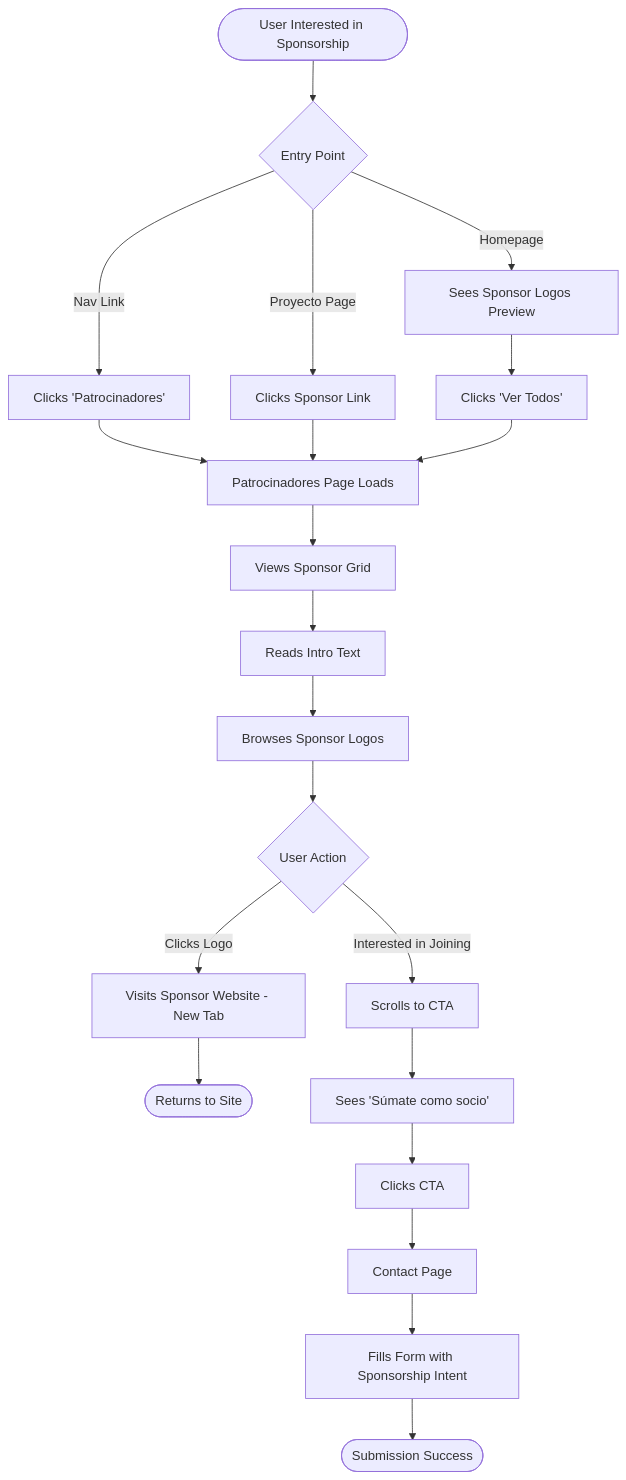
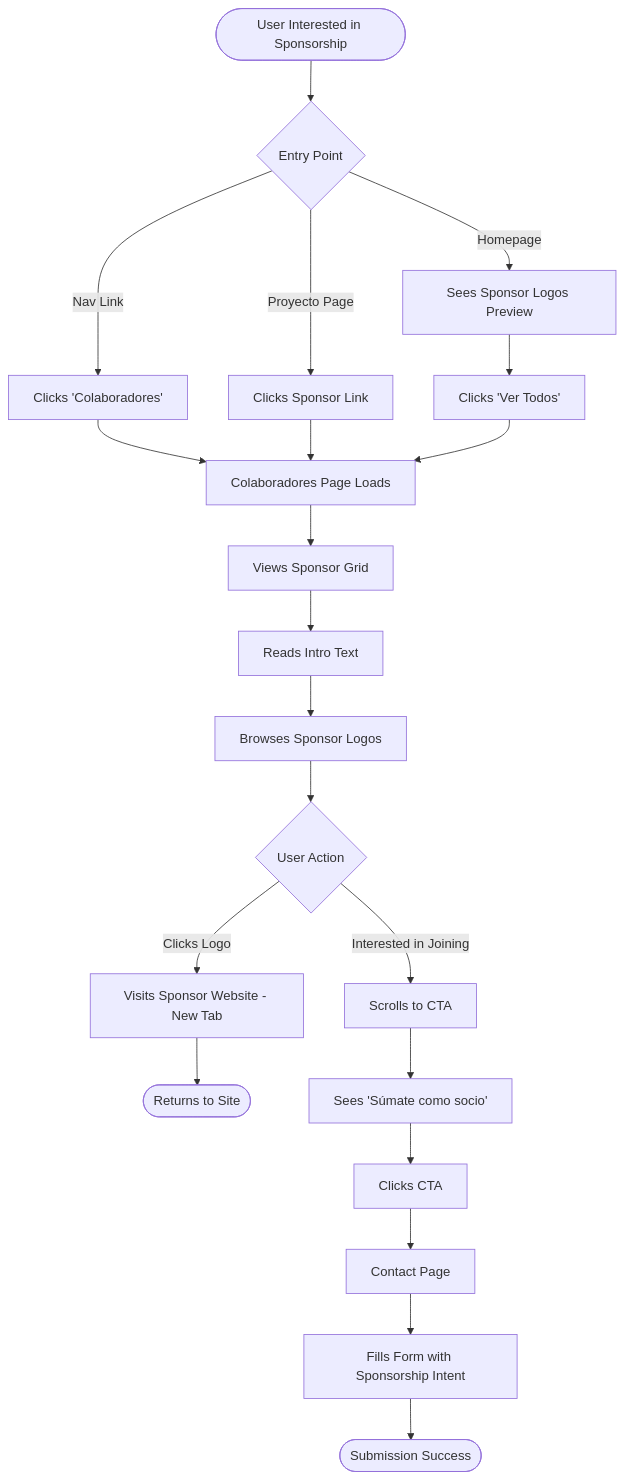
One commit to Markuson/refusdignos changed the fifth of 5 diagrams in docs/front-end-spec.md. Above: the diagram before and after it, drawn with Mermaid. The commit also changed other lines of this file and 62 other files, not shown here.

````diff
--- a/docs/front-end-spec.md
+++ b/docs/front-end-spec.md
@@ -370,29 +370,29 @@
 ```mermaid
 graph TD
     Start([User Interested in Sponsorship]) --> A{Entry Point}
 
     A -->|Homepage| B[Sees Sponsor Logos Preview]
-    A -->|Nav Link| C[Clicks 'Patrocinadores']
+    A -->|Nav Link| C[Clicks 'Colaboradores']
     A -->|Proyecto Page| D[Clicks Sponsor Link]
 
     B --> E[Clicks 'Ver Todos']
-    C --> F[Patrocinadores Page Loads]
+    C --> F[Colaboradores Page Loads]
     D --> F
     E --> F
 
     F --> G[Views Sponsor Grid]
     G --> H[Reads Intro Text]
     H --> I[Browses Sponsor Logos]
 
     I --> J{User Action}
     J -->|Clicks Logo| K[Visits Sponsor Website - New Tab]
     J -->|Interested in Joining| L[Scrolls to CTA]
 
     K --> M([Returns to Site])
 
     L --> N[Sees 'Súmate como socio']
     N --> O[Clicks CTA]
     O --> P[Contact Page]
     P --> Q[Fills Form with Sponsorship Intent]
     Q --> R([Submission Success])
 ```
````
